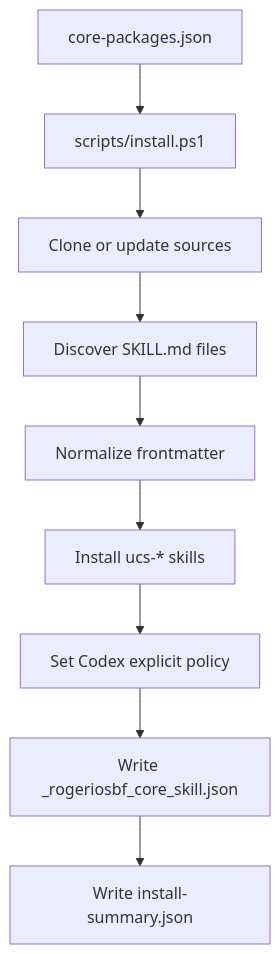
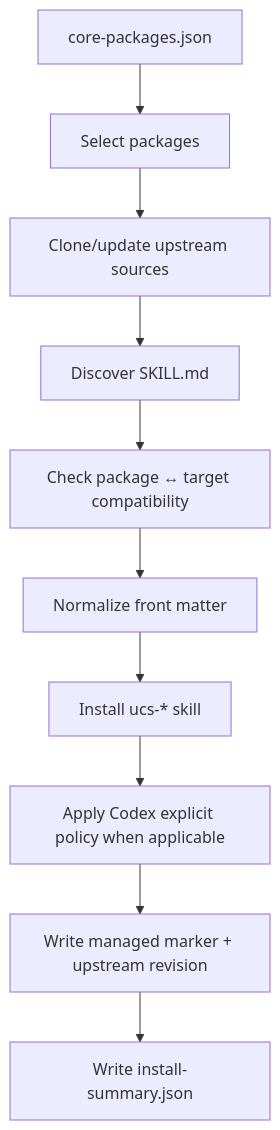
One commit to sbfrogerio/rogeriosbf-core-skills changed the diagram in docs/ARCHITECTURE.md. Above: the diagram before and after it, drawn with Mermaid. The commit also changed other lines of this file and 10 other files, not shown here.

````diff
--- a/docs/ARCHITECTURE.md
+++ b/docs/ARCHITECTURE.md
@@ -22,11 +27,12 @@
 ```mermaid
 flowchart TD
-  A["core-packages.json"] --> B["scripts/install.ps1"]
-  B --> C["Clone or update sources"]
-  C --> D["Discover SKILL.md files"]
-  D --> E["Normalize frontmatter"]
-  E --> F["Install ucs-* skills"]
-  F --> G["Set Codex explicit policy"]
-  G --> H["Write _rogeriosbf_core_skill.json"]
-  H --> I["Write install-summary.json"]
+  A["core-packages.json"] --> B["Select packages"]
+  B --> C["Clone/update upstream sources"]
+  C --> D["Discover SKILL.md"]
+  D --> E["Check package ↔ target compatibility"]
+  E --> F["Normalize front matter"]
+  F --> G["Install ucs-* skill"]
+  G --> H["Apply Codex explicit policy when applicable"]
+  H --> I["Write managed marker + upstream revision"]
+  I --> J["Write install-summary.json"]
 ```
````
